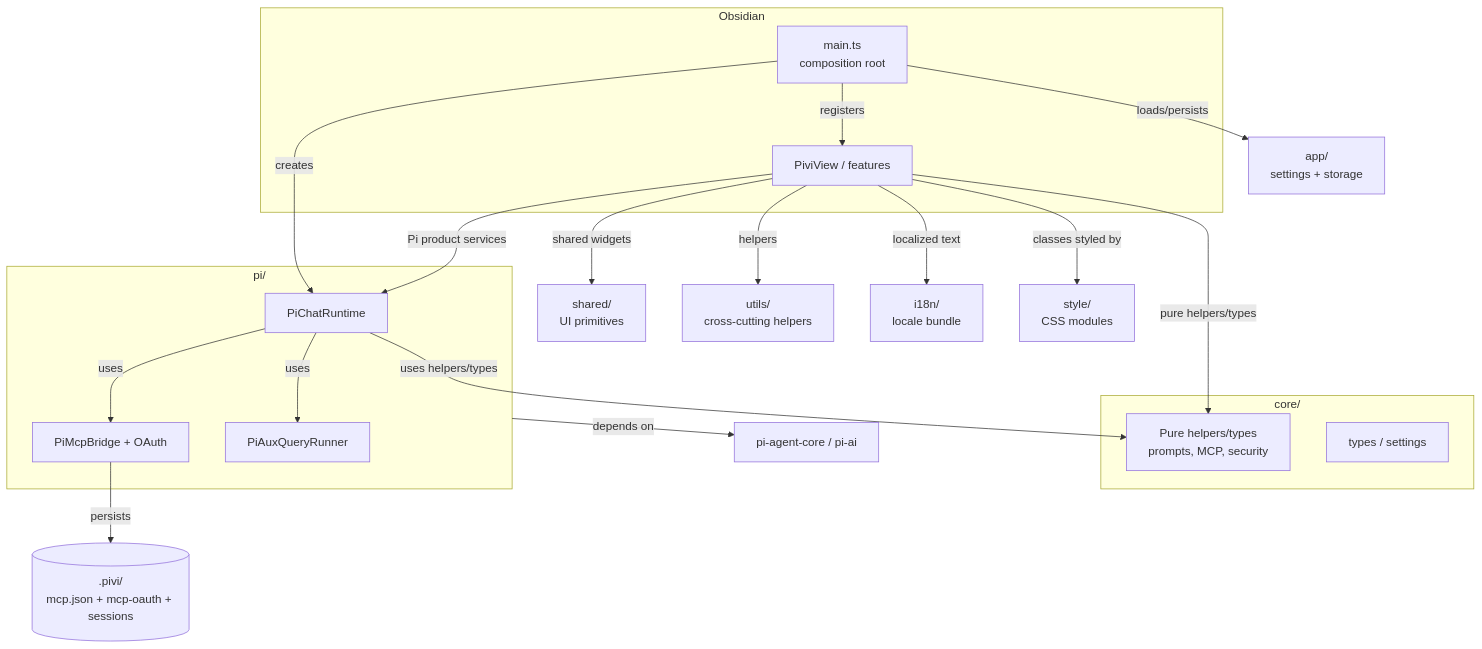
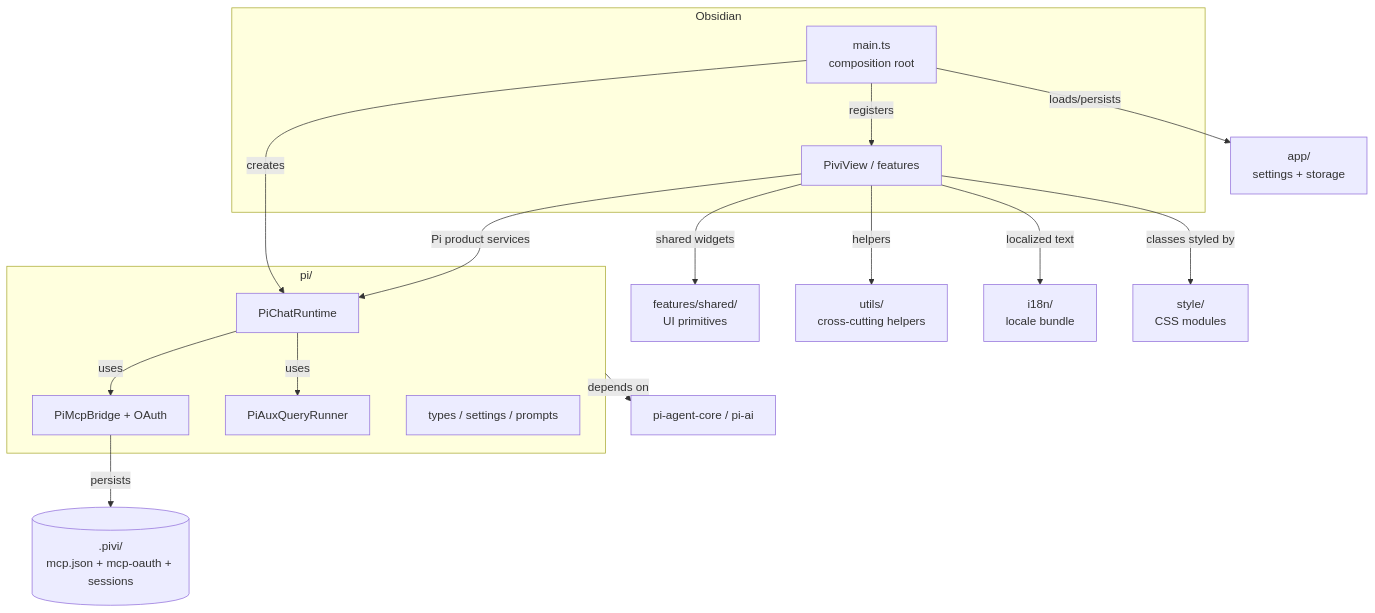
Before and after one commit to shuuul/obsidian-pivi: the first of 2 diagrams in src/AGENTS.md, drawn with Mermaid. The commit also changed other lines of this file and 348 other files, not shown here.

First line of the commit message:
refactor(arch): eliminate core/ layer, merge shared/ into features/, split utils/ domain logic

````diff
--- a/src/AGENTS.md
+++ b/src/AGENTS.md
@@ -7,40 +7,34 @@
 ```mermaid
 flowchart TB
   subgraph Obsidian["Obsidian"]
     Main["main.ts<br/>composition root"]
     View["PiviView / features"]
   end
 
-  subgraph Core["core/"]
-    Ports["Pure helpers/types<br/>prompts, MCP, security"]
-    Types["types / settings"]
-  end
-
   subgraph Pi["pi/"]
     Runtime["PiChatRuntime"]
     MCP["PiMcpBridge + OAuth"]
     Aux["PiAuxQueryRunner"]
+    Types["types / settings / prompts"]
   end
 
   Vault[(".pivi/<br/>mcp.json + mcp-oauth + sessions")]
   App["app/<br/>settings + storage"]
-  Shared["shared/<br/>UI primitives"]
+  Shared["features/shared/<br/>UI primitives"]
   Utils["utils/<br/>cross-cutting helpers"]
   I18n["i18n/<br/>locale bundle"]
   Style["style/<br/>CSS modules"]
 
   Main -- "registers" --> View
   Main -- "loads/persists" --> App
   Main -- "creates" --> Runtime
   View -- "Pi product services" --> Runtime
-  View -- "pure helpers/types" --> Ports
   View -- "shared widgets" --> Shared
   View -- "helpers" --> Utils
   View -- "localized text" --> I18n
   View -- "classes styled by" --> Style
-  Runtime -- "uses helpers/types" --> Ports
   Runtime -- "uses" --> MCP
   MCP -- "persists" --> Vault
   Runtime -- "uses" --> Aux
   Pi -- "depends on" --> PiSDK["pi-agent-core / pi-ai"]
 ```
````
